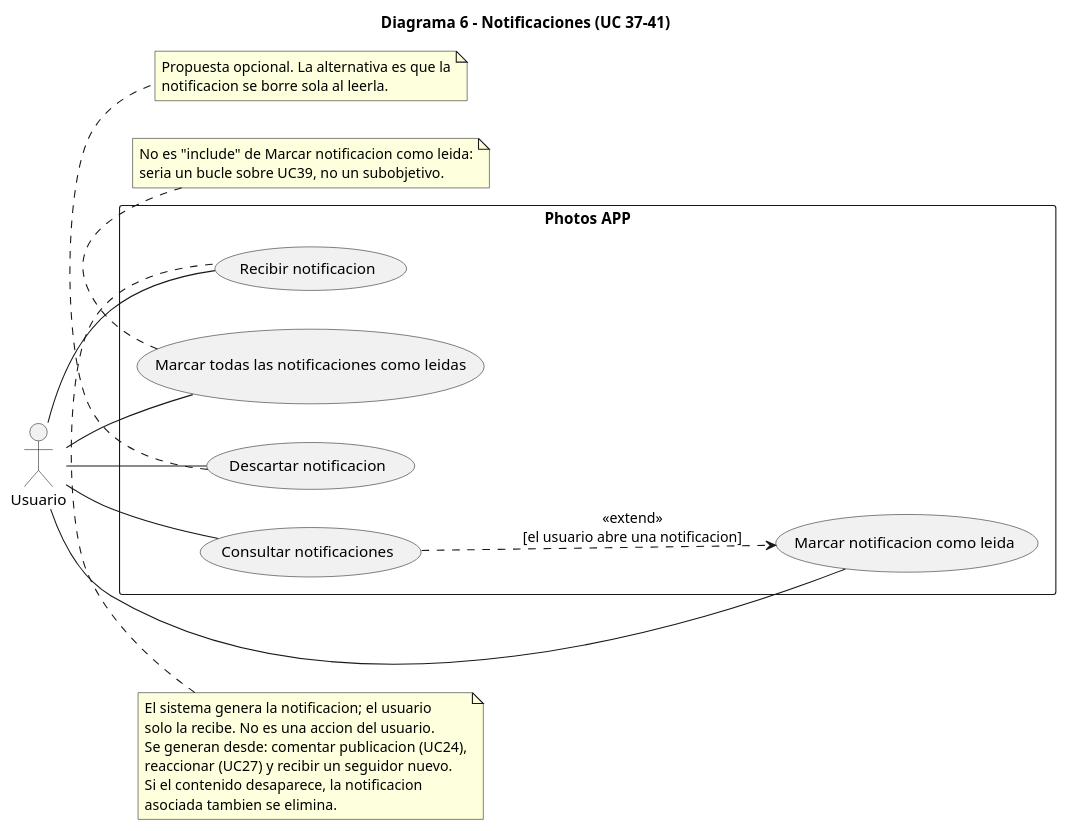
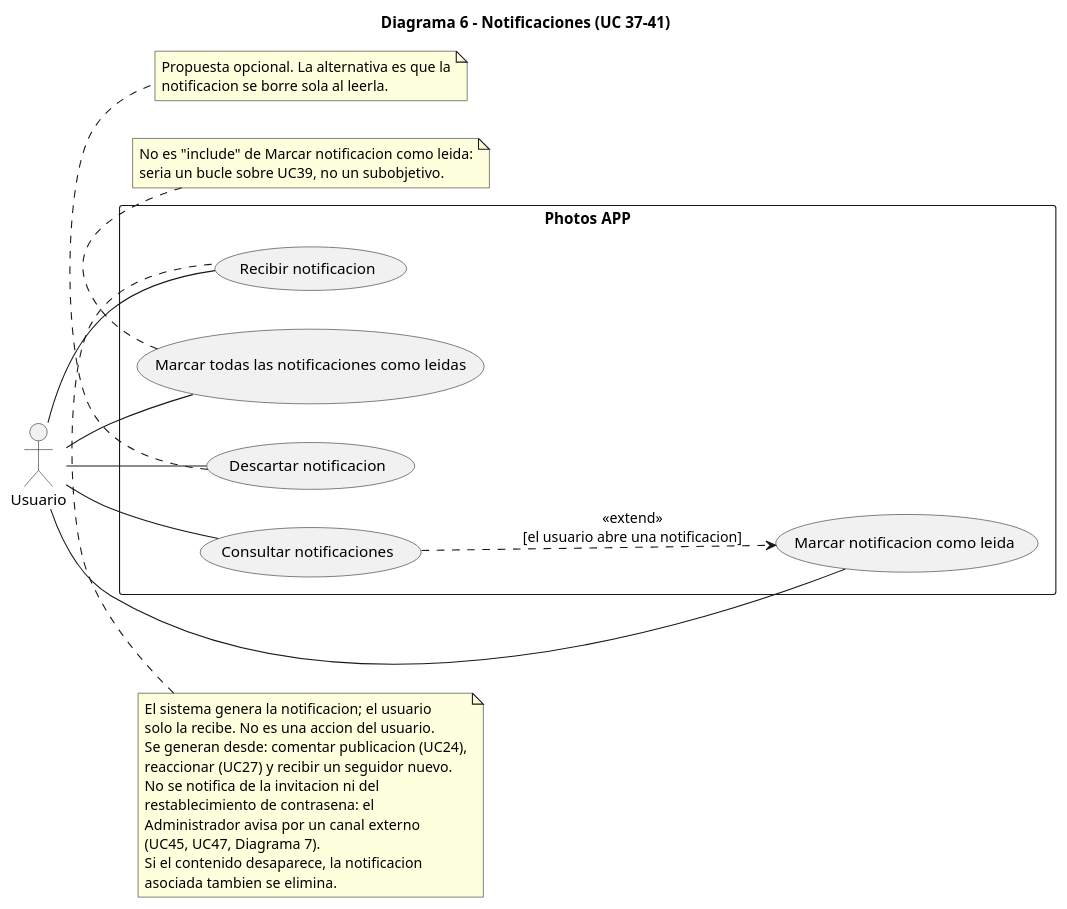
Before and after one commit to AgudeloAlexander623/FamPost_app_web: the sixth of 7 diagrams in docs/casos-de-uso.md, drawn with PlantUML. The commit also changed other lines of this file and 37 other files, not shown here.

````diff
--- a/docs/casos-de-uso.md
+++ b/docs/casos-de-uso.md
@@ -477,45 +500,49 @@
 ```plantuml
 @startuml
 title Diagrama 6 - Notificaciones (UC 37-41)
 
 left to right direction
 skinparam shadowing false
 
 actor Usuario as U
 
 rectangle "Photos APP" {
   usecase "Recibir notificacion" as UC37
   usecase "Consultar notificaciones" as UC38
   usecase "Marcar notificacion como leida" as UC39
   usecase "Marcar todas las notificaciones como leidas" as UC40
   usecase "Descartar notificacion" as UC41
 }
 
 U -- UC37
 U -- UC38
 U -- UC39
 U -- UC40
 U -- UC41
 
 UC38 ..> UC39 : <<extend>>\n[el usuario abre una notificacion]
 
 note top of UC37
   El sistema genera la notificacion; el usuario
   solo la recibe. No es una accion del usuario.
   Se generan desde: comentar publicacion (UC24),
   reaccionar (UC27) y recibir un seguidor nuevo.
+  No se notifica de la invitacion ni del
+  restablecimiento de contrasena: el
+  Administrador avisa por un canal externo
+  (UC45, UC47, Diagrama 7).
   Si el contenido desaparece, la notificacion
   asociada tambien se elimina.
 end note
 
 note bottom of UC40
   No es "include" de Marcar notificacion como leida:
   seria un bucle sobre UC39, no un subobjetivo.
 end note
 
 note bottom of UC41
   Propuesta opcional. La alternativa es que la
   notificacion se borre sola al leerla.
 end note
 @enduml
 ```
````
